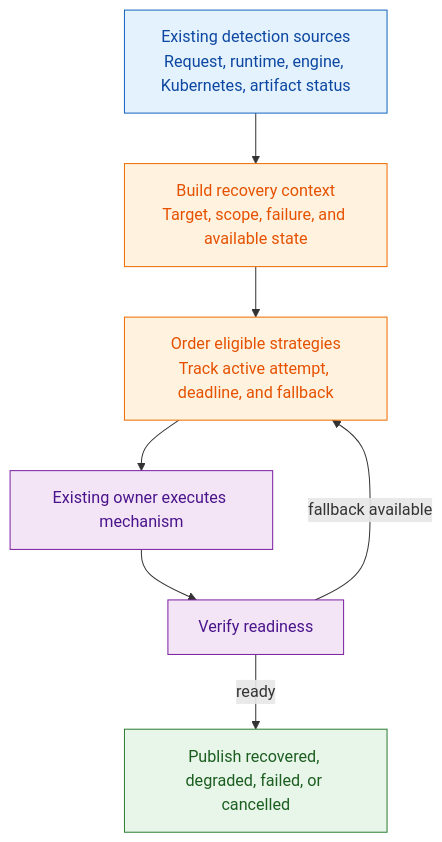
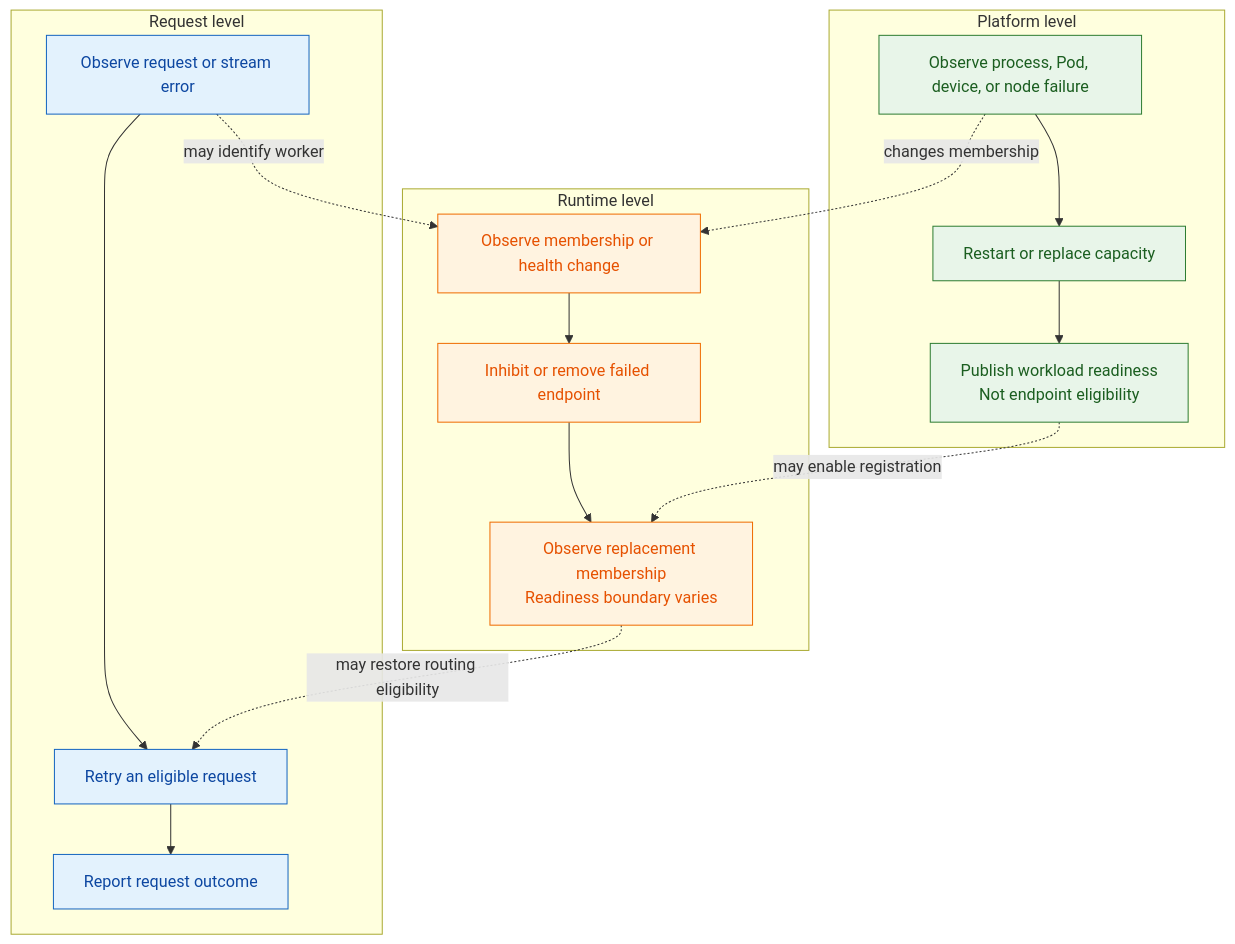
The third of 3 diagrams in docs/fern/pages/developer-guide/knowledge-base/concepts/fault-tolerance/fault-tolerance-architecture.md (ai-dynamo/dynamo), drawn with Mermaid before and after one commit. The commit also changed other lines of this file, not shown here.

Commit message:
docs(fault-tolerance): clarify recovery boundaries

````diff
--- a/docs/fern/pages/developer-guide/knowledge-base/concepts/fault-tolerance/fault-tolerance-architecture.md
+++ b/docs/fern/pages/developer-guide/knowledge-base/concepts/fault-tolerance/fault-tolerance-architecture.md
@@ -188,23 +96,31 @@
 ```mermaid
 flowchart TB
-    classDef detection fill:#E3F2FD,stroke:#1565C0,color:#0D47A1
-    classDef contract fill:#FFF3E0,stroke:#EF6C00,color:#E65100
-    classDef execution fill:#F3E5F5,stroke:#7B1FA2,color:#4A148C
-    classDef outcome fill:#E8F5E9,stroke:#2E7D32,color:#1B5E20
-
-    Signals["Existing detection sources<br/>Request, runtime, engine, Kubernetes, artifact status"]
-    Context["Build recovery context<br/>Target, scope, failure, and available state"]
-    Plan["Order eligible strategies<br/>Track active attempt, deadline, and fallback"]
-    Execute["Existing owner executes mechanism"]
-    Verify["Verify readiness"]
-    Outcome["Publish recovered, degraded, failed, or cancelled"]
-
-    Signals --> Context --> Plan --> Execute --> Verify
-    Verify -->|ready| Outcome
-    Verify -->|fallback available| Plan
-
-    class Signals detection
-    class Context,Plan contract
-    class Execute,Verify execution
-    class Outcome outcome
+       classDef request fill:#E3F2FD,stroke:#1565C0,color:#0D47A1
+       classDef runtime fill:#FFF3E0,stroke:#EF6C00,color:#E65100
+       classDef platform fill:#E8F5E9,stroke:#2E7D32,color:#1B5E20
+       subgraph Request["Request level"]
+           RequestError["Observe request or stream error"]
+           Migrate["Retry an eligible request"]
+           RequestOutcome["Report request outcome"]
+           RequestError --> Migrate --> RequestOutcome
+       end
+       subgraph Runtime["Runtime level"]
+           Membership["Observe membership or health change"]
+           Inhibit["Inhibit or remove failed endpoint"]
+           Rejoin["Observe replacement membership<br/>Readiness boundary varies"]
+           Membership --> Inhibit --> Rejoin
+       end
+       subgraph Platform["Platform level"]
+           WorkloadFailure["Observe process, Pod, device, or node failure"]
+           Replace["Restart or replace capacity"]
+           Ready["Publish workload readiness<br/>Not endpoint eligibility"]
+           WorkloadFailure --> Replace --> Ready
+       end
+       RequestError -. may identify worker .-> Membership
+       WorkloadFailure -. changes membership .-> Membership
+       Ready -. may enable registration .-> Rejoin
+       Rejoin -. may restore routing eligibility .-> Migrate
+       class RequestError,Migrate,RequestOutcome request
+       class Membership,Inhibit,Rejoin runtime
+       class WorkloadFailure,Replace,Ready platform
 ```
````
